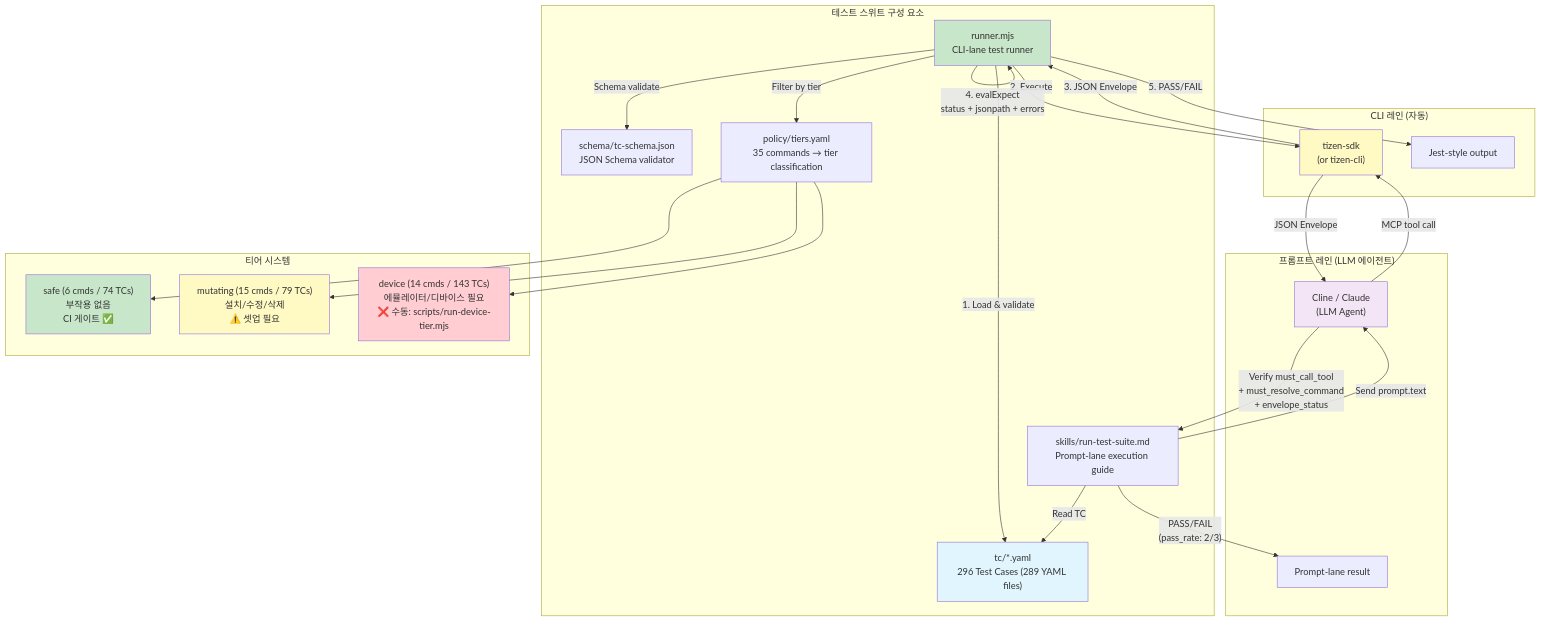
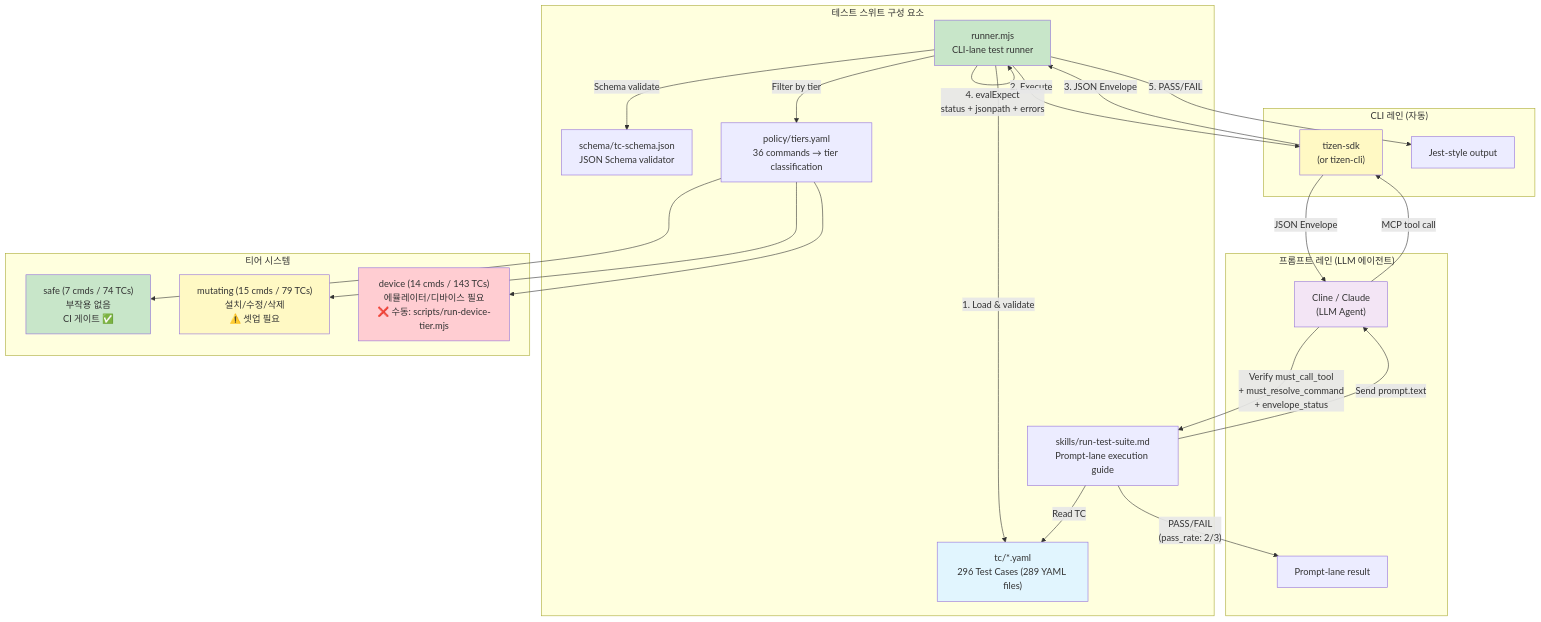
Before and after one commit to Samsung/tizen-agent-skills: the first of 4 diagrams in tizen-sdk-skills/tests/README.ko.md, drawn with Mermaid. The commit also changed other lines of this file and 40 other files, not shown here.

````diff
--- a/tizen-sdk-skills/tests/README.ko.md
+++ b/tizen-sdk-skills/tests/README.ko.md
@@ -11,46 +11,46 @@
 ```mermaid
 graph TB
     subgraph "테스트 스위트 구성 요소"
         TC["tc/*.yaml<br/>296 Test Cases (289 YAML files)"]
         SCHEMA["schema/tc-schema.json<br/>JSON Schema validator"]
-        POLICY["policy/tiers.yaml<br/>35 commands → tier classification"]
+        POLICY["policy/tiers.yaml<br/>36 commands → tier classification"]
         RUNNER["runner.mjs<br/>CLI-lane test runner"]
         SKILLS["skills/run-test-suite.md<br/>Prompt-lane execution guide"]
     end
 
     subgraph "CLI 레인 (자동)"
         RUNNER -->|"1. Load & validate"| TC
         RUNNER -->|"Schema validate"| SCHEMA
         RUNNER -->|"Filter by tier"| POLICY
         RUNNER -->|"2. Execute"| PLUGIN["tizen-sdk<br/>(or tizen-cli)"]
         PLUGIN -->|"3. JSON Envelope"| RUNNER
         RUNNER -->|"4. evalExpect<br/>status + jsonpath + errors"| RUNNER
         RUNNER -->|"5. PASS/FAIL"| RESULT["Jest-style output"]
     end
 
     subgraph "프롬프트 레인 (LLM 에이전트)"
         SKILLS -->|"Read TC"| TC
         SKILLS -->|"Send prompt.text"| LLM["Cline / Claude<br/>(LLM Agent)"]
         LLM -->|"MCP tool call"| PLUGIN
         PLUGIN -->|"JSON Envelope"| LLM
         LLM -->|"Verify must_call_tool<br/>+ must_resolve_command<br/>+ envelope_status"| SKILLS
         SKILLS -->|"PASS/FAIL<br/>(pass_rate: 2/3)"| RESULT2["Prompt-lane result"]
     end
 
     subgraph "티어 시스템"
-        SAFE["safe (6 cmds / 74 TCs)<br/>부작용 없음<br/>CI 게이트 ✅"]
+        SAFE["safe (7 cmds / 74 TCs)<br/>부작용 없음<br/>CI 게이트 ✅"]
         MUTATING["mutating (15 cmds / 79 TCs)<br/>설치/수정/삭제<br/>⚠️ 셋업 필요"]
         DEVICE["device (14 cmds / 143 TCs)<br/>에뮬레이터/디바이스 필요<br/>❌ 수동: scripts/run-device-tier.mjs"]
         POLICY --> SAFE
         POLICY --> MUTATING
         POLICY --> DEVICE
     end
 
     style TC fill:#e1f5fe
     style RUNNER fill:#c8e6c9
     style PLUGIN fill:#fff9c4
     style LLM fill:#f3e5f5
     style SAFE fill:#c8e6c9
     style MUTATING fill:#fff9c4
     style DEVICE fill:#ffcdd2
 ```
````
